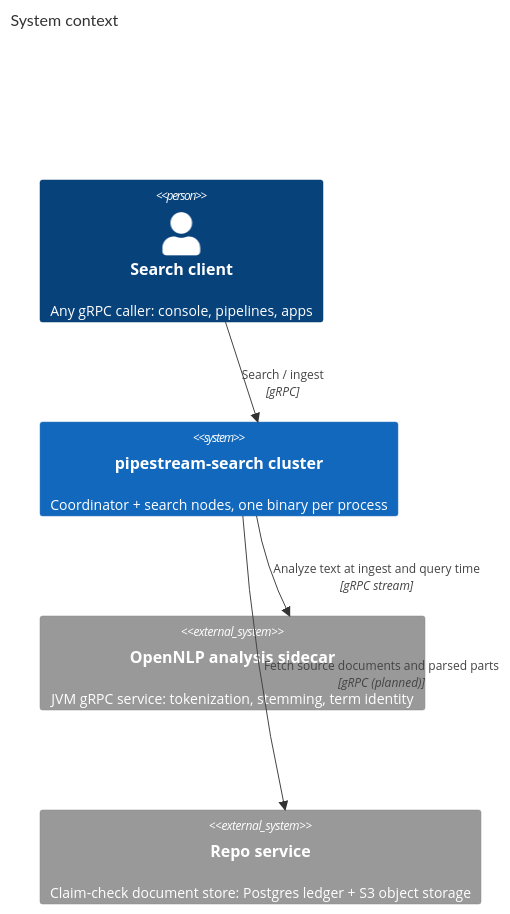
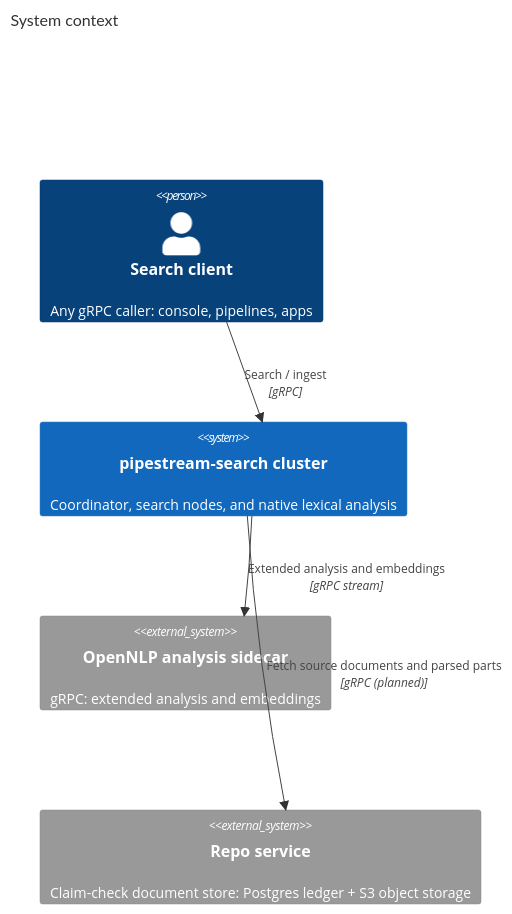
One commit to ai-pipestream/protomolt-search changed the first of 2 diagrams in docs/architecture.md. Above: the diagram before and after it, drawn with Mermaid. The commit also changed other lines of this file and 15 other files, not shown here.

Commit message:
Add native Rust lexical analyzer

````diff
--- a/docs/architecture.md
+++ b/docs/architecture.md
@@ -27,11 +28,11 @@
 ```mermaid
 C4Context
     title System context
     Person(client, "Search client", "Any gRPC caller: console, pipelines, apps")
-    System(cluster, "pipestream-search cluster", "Coordinator + search nodes, one binary per process")
-    System_Ext(nlp, "OpenNLP analysis sidecar", "JVM gRPC service: tokenization, stemming, term identity")
+    System(cluster, "pipestream-search cluster", "Coordinator, search nodes, and native lexical analysis")
+    System_Ext(nlp, "OpenNLP analysis sidecar", "gRPC: extended analysis and embeddings")
     System_Ext(repo, "Repo service", "Claim-check document store: Postgres ledger + S3 object storage")
     Rel(client, cluster, "Search / ingest", "gRPC")
-    Rel(cluster, nlp, "Analyze text at ingest and query time", "gRPC stream")
+    Rel(cluster, nlp, "Extended analysis and embeddings", "gRPC stream")
     Rel(cluster, repo, "Fetch source documents and parsed parts", "gRPC (planned)")
 ```
````
